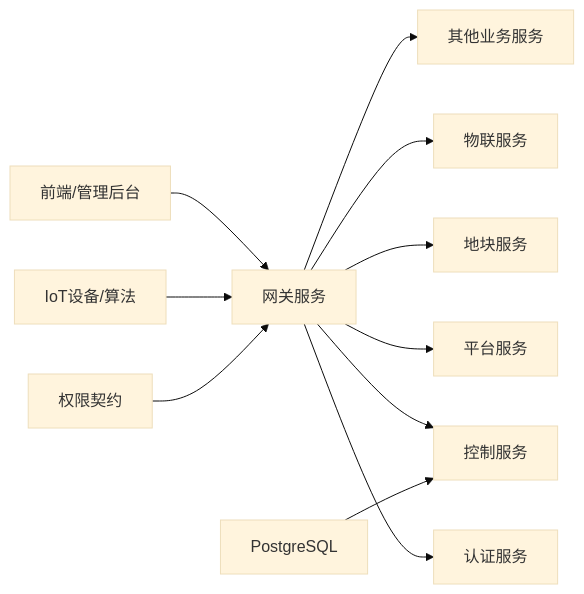
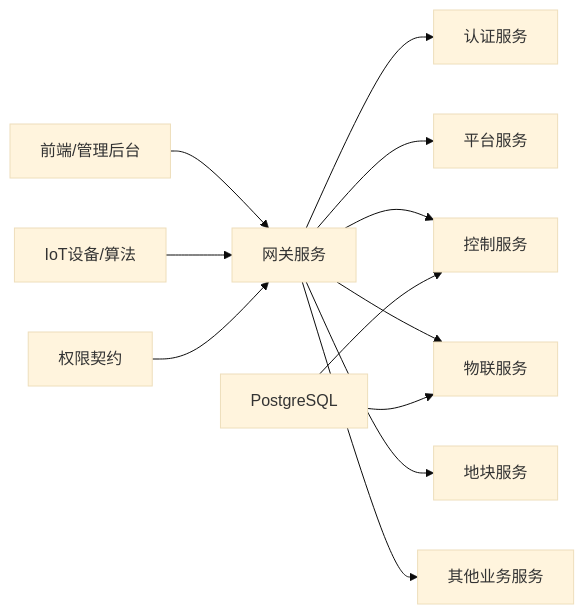
The eighth of 8 diagrams in .qoder/repowiki/zh/content/架构设计/安全架构.md (q446328246/agri-platform), drawn with Mermaid (base theme) before and after one commit. The commit also changed other lines of this file and 35 other files, not shown here.

````diff
--- a/.qoder/repowiki/zh/content/架构设计/安全架构.md
+++ b/.qoder/repowiki/zh/content/架构设计/安全架构.md
@@ -399,13 +467,14 @@
 ```mermaid
 graph LR
 Web["前端/管理后台"] --> GW["网关服务"]
 Device["IoT设备/算法"] --> GW
 GW --> AUTH["认证服务"]
 GW --> PLATFORM["平台服务"]
 GW --> CONTROL["控制服务"]
+GW --> IOT["物联服务"]
 GW --> PLOT["地块服务"]
-GW --> IOT["物联服务"]
 GW --> OTHER["其他业务服务"]
 CONTRACTS["权限契约"] --> GW
 DB["PostgreSQL"] --> CONTROL
+DB --> IOT
 ```
````
